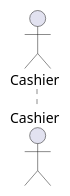
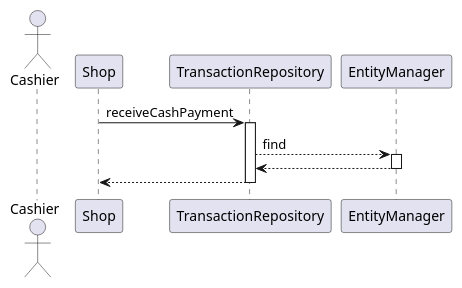
The tenth of 11 diagrams in Deliverables/DesignDocument.md (mspronesti/ezshop), drawn with PlantUML before and after one commit. The commit also changed other lines of this file, not shown here.

````diff
--- a/Deliverables/DesignDocument.md
+++ b/Deliverables/DesignDocument.md
@@ -513,5 +513,17 @@
 ```plantuml
 @startuml
-actor Cashier
+    actor Cashier
+    Shop -> TransactionRepository: receiveCashPayment
+    activate TransactionRepository
+
+    TransactionRepository --> EntityManager: find
+    activate EntityManager
+
+    EntityManager --> TransactionRepository
+    deactivate EntityManager
+
+    TransactionRepository --> Shop
+    deactivate TransactionRepository
+
 @enduml
 ```
````
